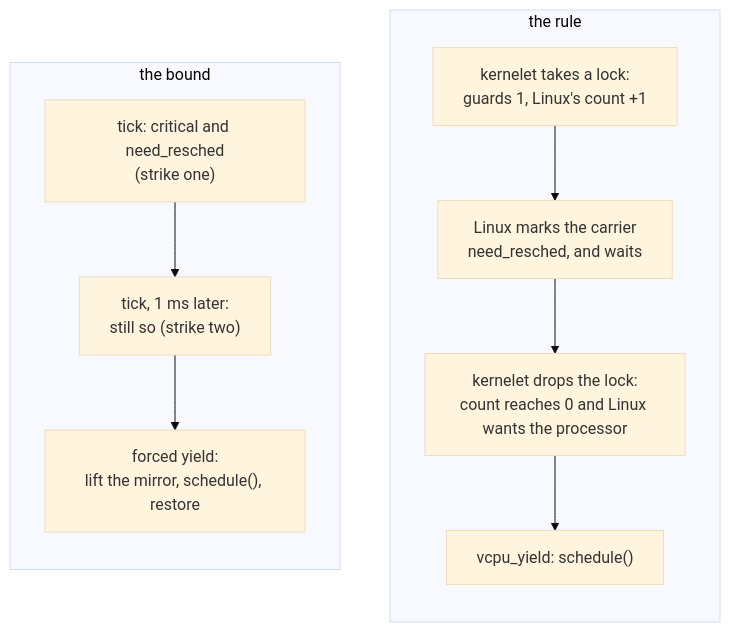
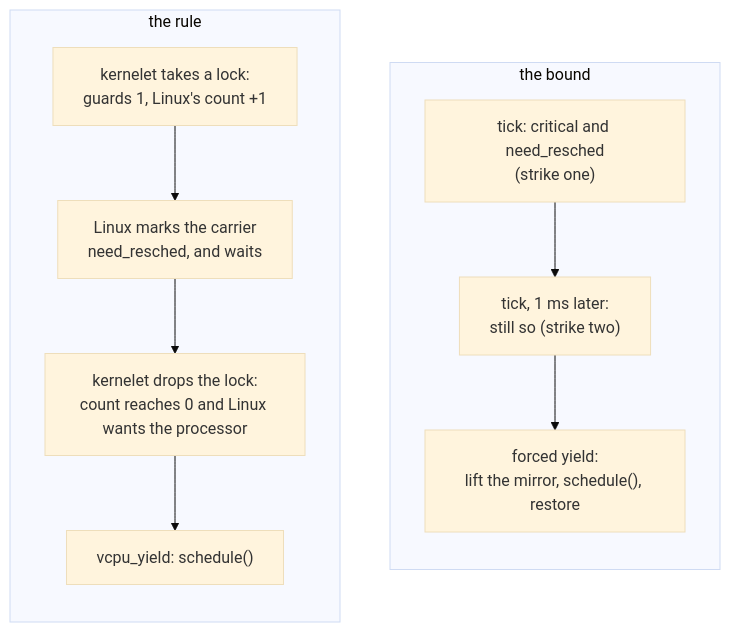
The diagram in src/sharing-a-processor-politely.md (Plucky923/kernelet), drawn with Mermaid (base theme) before and after one commit. The commit also changed other lines of this file and 32 other files, not shown here.

````diff
--- a/src/sharing-a-processor-politely.md
+++ b/src/sharing-a-processor-politely.md
@@ -182,14 +182,14 @@
 ```mermaid
 flowchart TB
+    subgraph bound["the bound"]
+        direction TB
+        e["tick: critical and need_resched<br/>(strike one)"] --> f["tick, 1 ms later:<br/>still so (strike two)"]
+        f --> g["forced yield:<br/>lift the mirror, schedule(), restore"]
+    end
     subgraph rule["the rule"]
         direction TB
         a["kernelet takes a lock:<br/>guards 1, Linux's count +1"] --> b["Linux marks the carrier<br/>need_resched, and waits"]
         b --> c["kernelet drops the lock:<br/>count reaches 0 and Linux wants the processor"]
         c --> d["vcpu_yield: schedule()"]
     end
-    subgraph bound["the bound"]
-        direction TB
-        e["tick: critical and need_resched<br/>(strike one)"] --> f["tick, 1 ms later:<br/>still so (strike two)"]
-        f --> g["forced yield:<br/>lift the mirror, schedule(), restore"]
-    end
 ```
````
